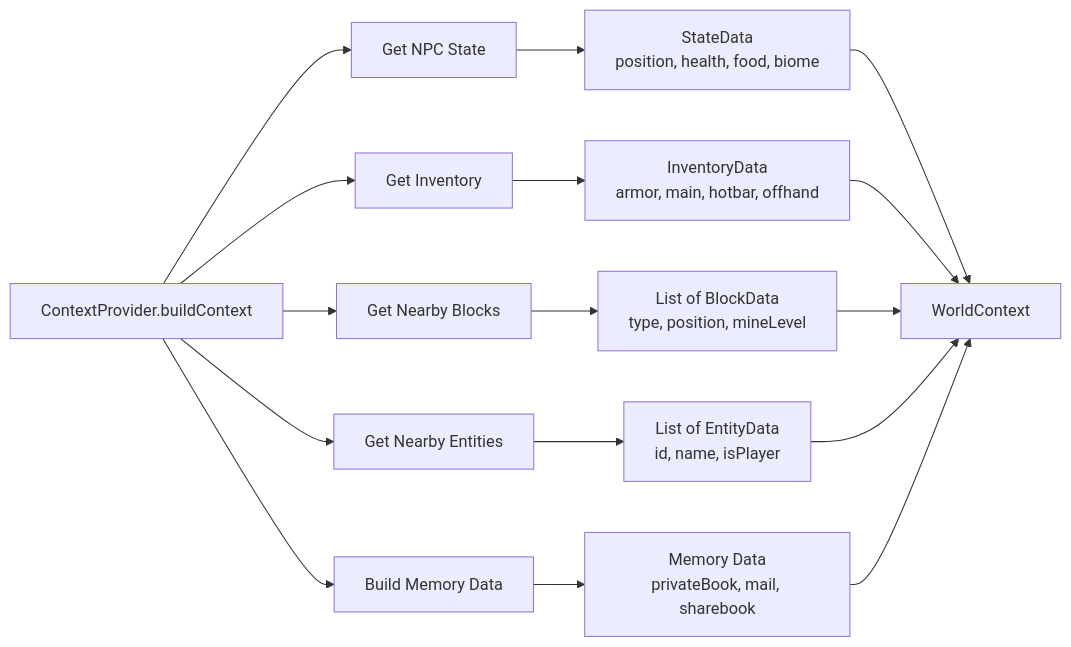
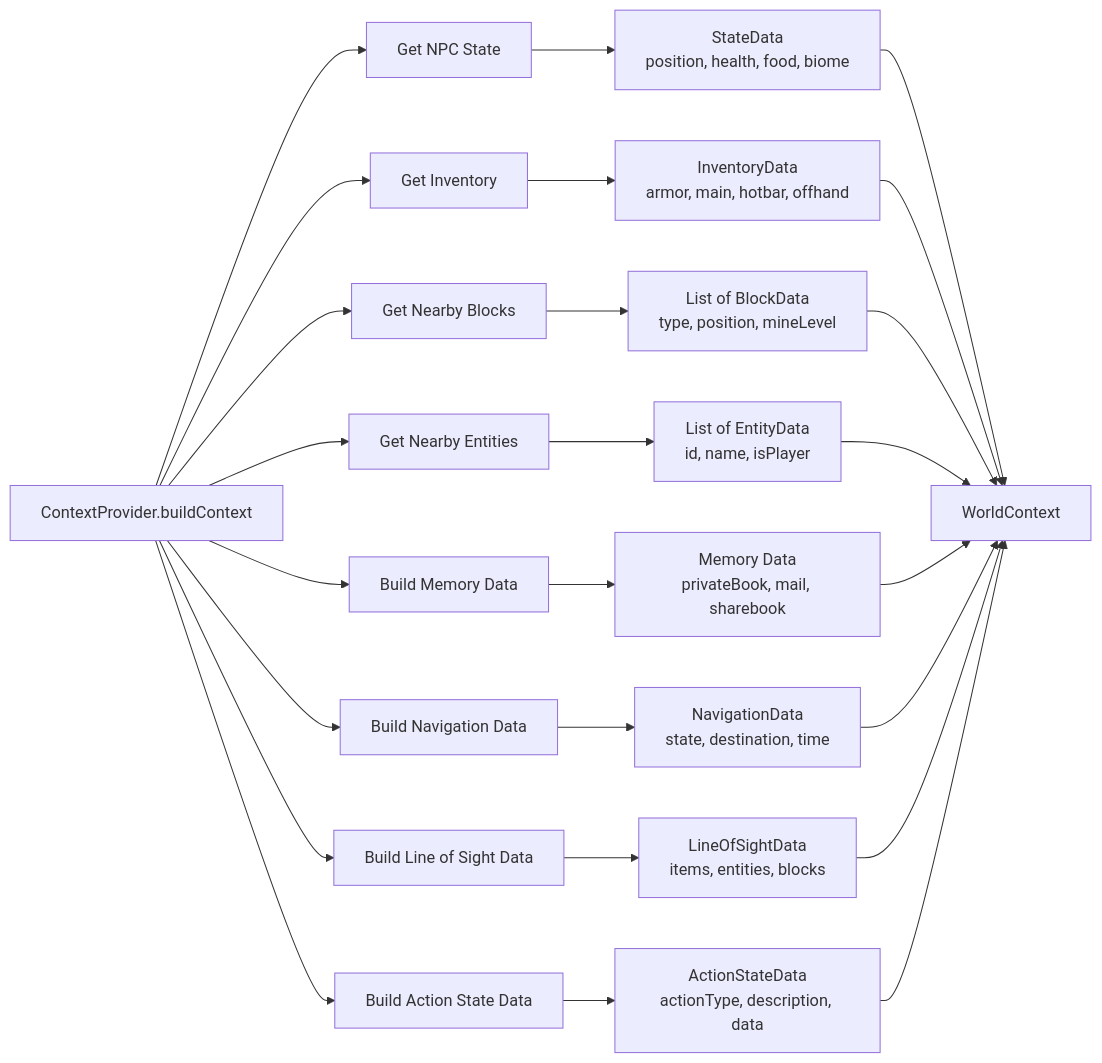
One commit to prskid1000/CraftAgent changed the eighth of 9 diagrams in README.md. Above: the diagram before and after it, drawn with Mermaid. The commit also changed other lines of this file and 18 other files, not shown here.

````diff
--- a/README.md
+++ b/README.md
@@ -461,20 +483,29 @@
 ```mermaid
 graph LR
     A[ContextProvider.buildContext] --> B[Get NPC State]
     A --> C[Get Inventory]
     A --> D[Get Nearby Blocks]
     A --> E[Get Nearby Entities]
     A --> F[Build Memory Data]
+    A --> G[Build Navigation Data]
+    A --> H[Build Line of Sight Data]
+    A --> I[Build Action State Data]
     
-    B --> G[StateData<br/>position, health, food, biome]
-    C --> H[InventoryData<br/>armor, main, hotbar, offhand]
-    D --> I[List of BlockData<br/>type, position, mineLevel]
-    E --> J[List of EntityData<br/>id, name, isPlayer]
-    F --> K[Memory Data<br/>privateBook, mail, sharebook]
+    B --> J[StateData<br/>position, health, food, biome]
+    C --> K[InventoryData<br/>armor, main, hotbar, offhand]
+    D --> L[List of BlockData<br/>type, position, mineLevel]
+    E --> M[List of EntityData<br/>id, name, isPlayer]
+    F --> N[Memory Data<br/>privateBook, mail, sharebook]
+    G --> O[NavigationData<br/>state, destination, time]
+    H --> P[LineOfSightData<br/>items, entities, blocks]
+    I --> Q[ActionStateData<br/>actionType, description, data]
     
-    G --> L[WorldContext]
-    H --> L
-    I --> L
-    J --> L
-    K --> L
+    J --> R[WorldContext]
+    K --> R
+    L --> R
+    M --> R
+    N --> R
+    O --> R
+    P --> R
+    Q --> R
 ```
````
